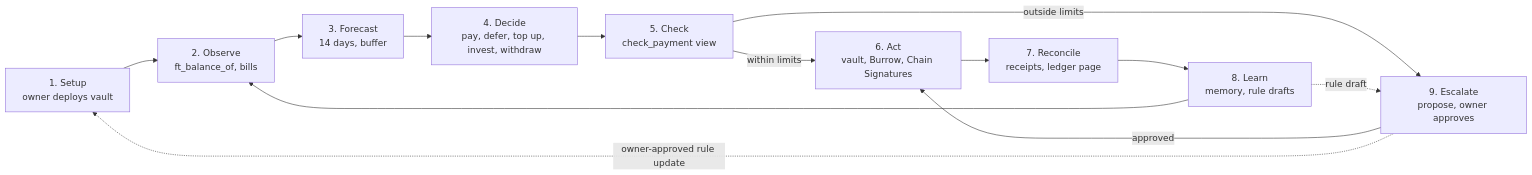
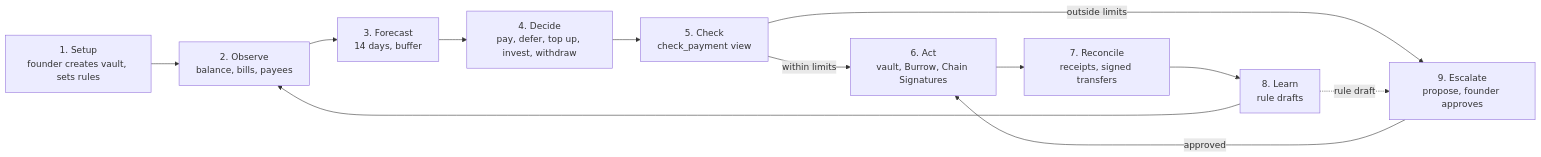
The diagram in README.md (Ultraviolet01/Keel), drawn with Mermaid before and after one commit. The commit also changed other lines of this file and 31 other files, not shown here.

````diff
--- a/README.md
+++ b/README.md
@@ -75,11 +72,10 @@
 ```mermaid
 flowchart LR
-  S["1. Setup<br/>owner deploys vault"] --> O["2. Observe<br/>ft_balance_of, bills"]
+  S["1. Setup<br/>founder creates vault, sets rules"] --> O["2. Observe<br/>balance, bills, payees"]
   O --> F["3. Forecast<br/>14 days, buffer"] --> D["4. Decide<br/>pay, defer, top up, invest, withdraw"] --> C["5. Check<br/>check_payment view"]
   C -- within limits --> A["6. Act<br/>vault, Burrow, Chain Signatures"]
-  C -- outside limits --> E["9. Escalate<br/>propose, owner approves"]
+  C -- outside limits --> E["9. Escalate<br/>propose, founder approves"]
   E -- approved --> A
-  A --> R["7. Reconcile<br/>receipts, ledger page"] --> L["8. Learn<br/>memory, rule drafts"] --> O
+  A --> R["7. Reconcile<br/>receipts, signed transfers"] --> L["8. Learn<br/>rule drafts"] --> O
   L -. rule draft .-> E
-  E -. owner-approved rule update .-> S
 ```
````
